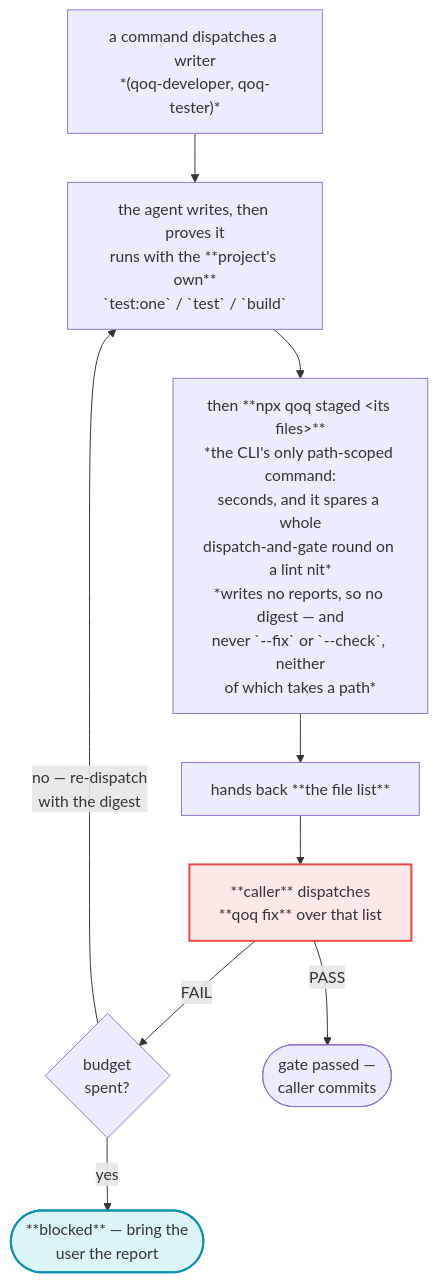
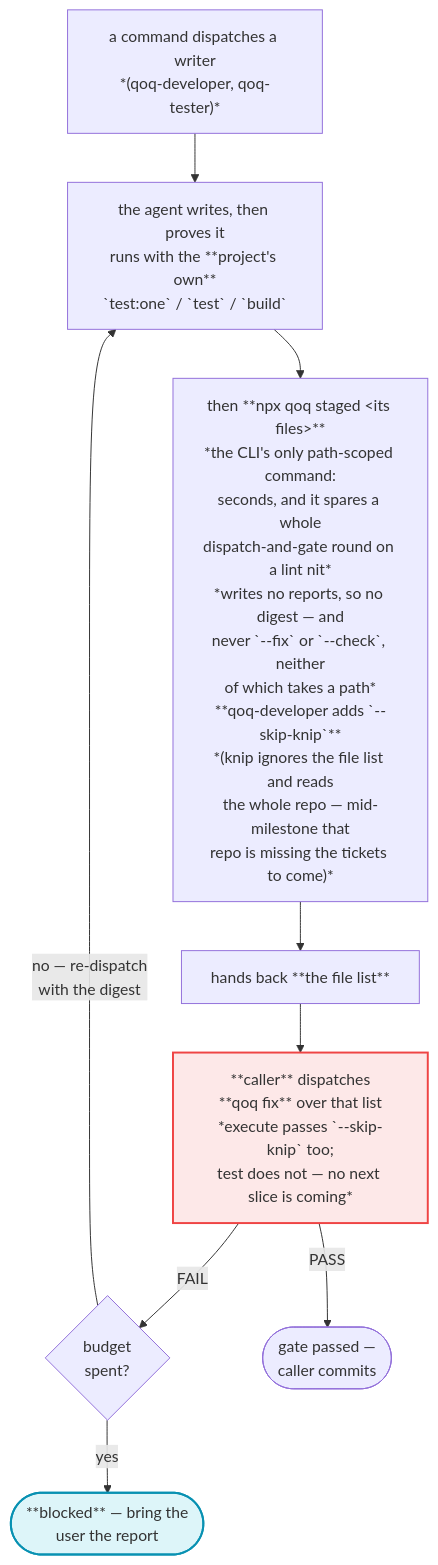
The third of 10 diagrams in docs/qoq-workflows.md (ladamczyk-it/qoq), drawn with Mermaid before and after one commit. The commit also changed other lines of this file and 6 other files, not shown here.

Commit message:
fix: skip knip in qoq execute ticket scope

````diff
--- a/docs/qoq-workflows.md
+++ b/docs/qoq-workflows.md
@@ -179,17 +179,17 @@
 ```mermaid
 flowchart TD
     G0["a command dispatches a writer<br/>*(qoq-developer, qoq-tester)*"]
     G0 --> G1["the agent writes, then proves it<br/>runs with the **project's own**<br/>`test:one` / `test` / `build`"]
-    G1 --> G1B["then **npx qoq staged &lt;its files&gt;**<br/>*the CLI's only path-scoped command:<br/>seconds, and it spares a whole<br/>dispatch-and-gate round on a lint nit*<br/>*writes no reports, so no digest — and<br/>never `--fix` or `--check`, neither<br/>of which takes a path*"]
+    G1 --> G1B["then **npx qoq staged &lt;its files&gt;**<br/>*the CLI's only path-scoped command:<br/>seconds, and it spares a whole<br/>dispatch-and-gate round on a lint nit*<br/>*writes no reports, so no digest — and<br/>never `--fix` or `--check`, neither<br/>of which takes a path*<br/>**qoq-developer adds `--skip-knip`**<br/>*(knip ignores the file list and reads<br/>the whole repo — mid-milestone that<br/>repo is missing the tickets to come)*"]
     G1B --> G2["hands back **the file list**"]
-    G2 --> G3["**caller** dispatches<br/>**qoq fix** over that list"]
+    G2 --> G3["**caller** dispatches<br/>**qoq fix** over that list<br/>*execute passes `--skip-knip` too;<br/>test does not — no next slice is coming*"]
     G3 -->|FAIL| G4{"budget<br/>spent?"}
     G4 -->|"no — re-dispatch<br/>with the digest"| G1
     G4 -->|yes| G5(["**blocked** — bring the<br/>user the report"])
     G3 -->|PASS| G6(["gate passed —<br/>caller commits"])
 
     classDef user fill:#06b6d422,stroke:#0891b2,stroke-width:2px
     classDef skill fill:#ef44441f,stroke:#ef4444,stroke-width:2px
     class G5 user
     class G3 skill
 ```
````
